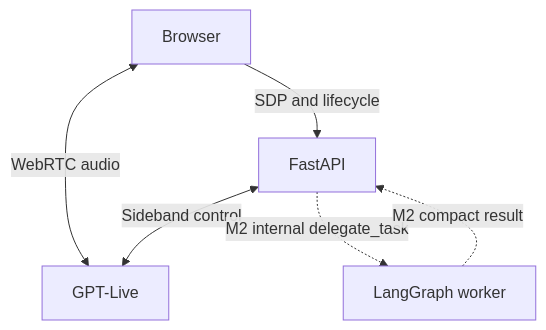
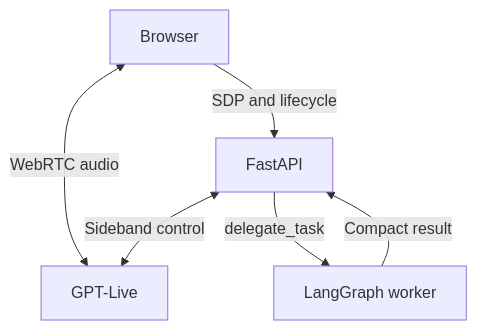
The diagram in README.md (savbiz/voice-delegate), drawn with Mermaid before and after one commit. The commit also changed other lines of this file and 6 other files, not shown here.

````diff
--- a/README.md
+++ b/README.md
@@ -7,8 +9,8 @@
 ```mermaid
 flowchart TD
     B[Browser] <-->|WebRTC audio| V[GPT-Live]
     B -->|SDP and lifecycle| A[FastAPI]
     A <-->|Sideband control| V
-    A -.->|M2 internal delegate_task| W[LangGraph worker]
-    W -.->|M2 compact result| A
+    A -->|delegate_task| W[LangGraph worker]
+    W -->|Compact result| A
 ```
````
